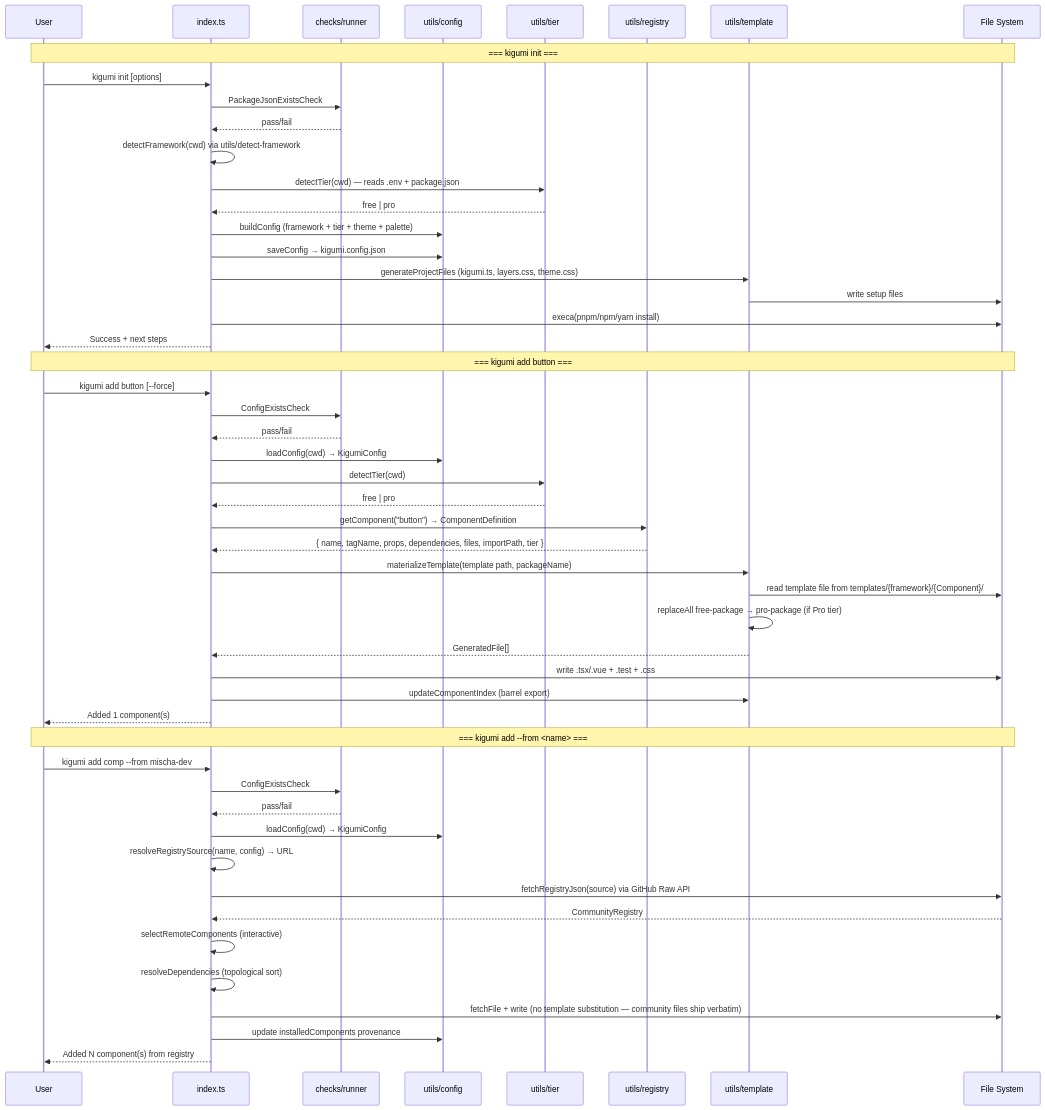
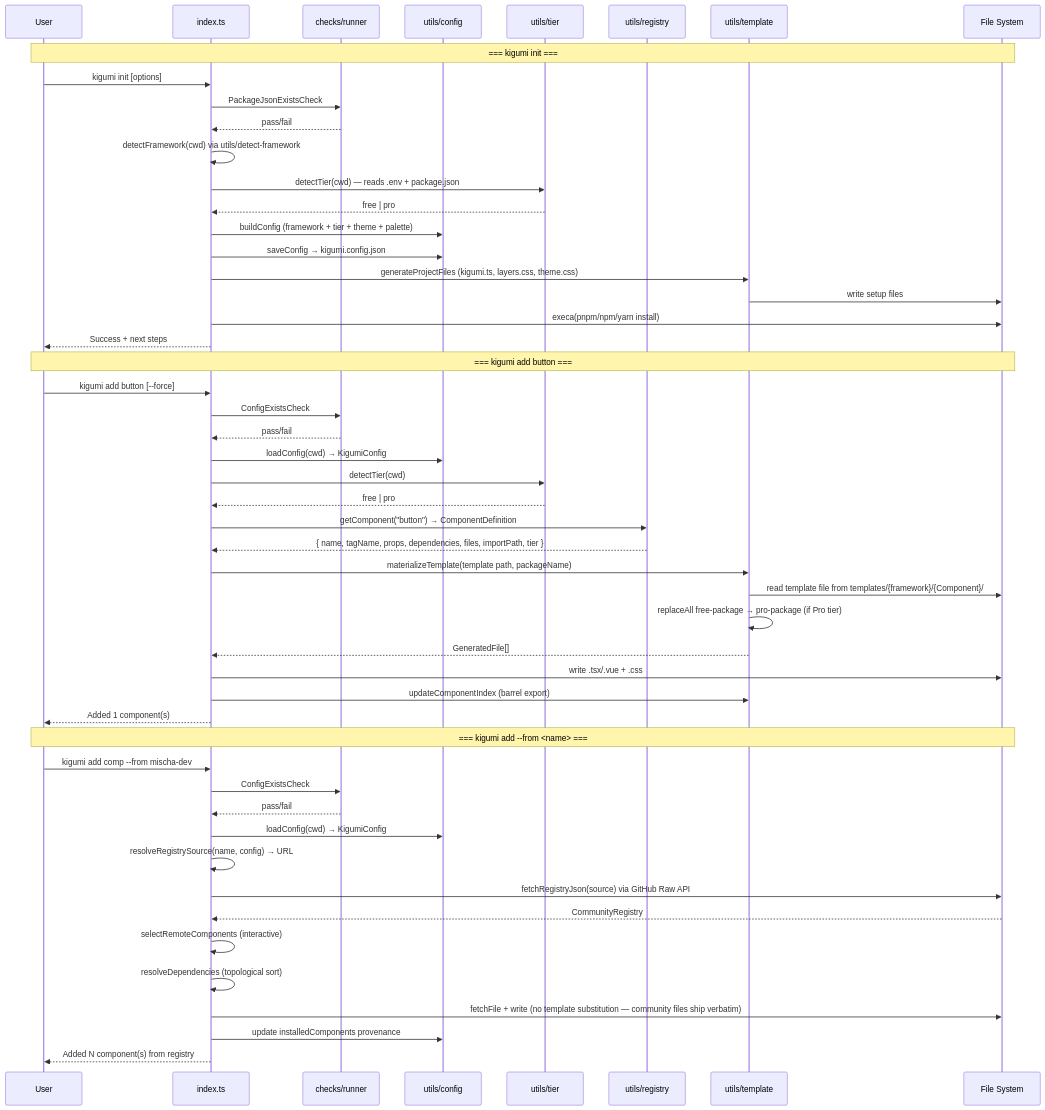
The second of 4 diagrams in AGENTS.md (kigumi-ui/kigumi-cli), drawn with Mermaid before and after one commit. The commit also changed other lines of this file and 501 other files, not shown here.

````diff
--- a/AGENTS.md
+++ b/AGENTS.md
@@ -521,56 +521,56 @@
 ```mermaid
 sequenceDiagram
     participant User
     participant CLI as index.ts
     participant Checks as checks/runner
     participant Config as utils/config
     participant Tier as utils/tier
     participant Reg as utils/registry
     participant Tpl as utils/template
     participant FS as File System
 
     Note over User,FS: === kigumi init ===
     User->>CLI: kigumi init [options]
     CLI->>Checks: PackageJsonExistsCheck
     Checks-->>CLI: pass/fail
     CLI->>CLI: detectFramework(cwd) via utils/detect-framework
     CLI->>Tier: detectTier(cwd) — reads .env + package.json
     Tier-->>CLI: free | pro
     CLI->>Config: buildConfig (framework + tier + theme + palette)
     CLI->>Config: saveConfig → kigumi.config.json
     CLI->>Tpl: generateProjectFiles (kigumi.ts, layers.css, theme.css)
     Tpl->>FS: write setup files
     CLI->>FS: execa(pnpm/npm/yarn install)
     CLI-->>User: Success + next steps
 
     Note over User,FS: === kigumi add button ===
     User->>CLI: kigumi add button [--force]
     CLI->>Checks: ConfigExistsCheck
     Checks-->>CLI: pass/fail
     CLI->>Config: loadConfig(cwd) → KigumiConfig
     CLI->>Tier: detectTier(cwd)
     Tier-->>CLI: free | pro
     CLI->>Reg: getComponent("button") → ComponentDefinition
     Reg-->>CLI: { name, tagName, props, dependencies, files, importPath, tier }
     CLI->>Tpl: materializeTemplate(template path, packageName)
     Tpl->>FS: read template file from templates/{framework}/{Component}/
     Tpl->>Tpl: replaceAll free-package → pro-package (if Pro tier)
     Tpl-->>CLI: GeneratedFile[]
-    CLI->>FS: write .tsx/.vue + .test + .css
+    CLI->>FS: write .tsx/.vue + .css
     CLI->>Tpl: updateComponentIndex (barrel export)
     CLI-->>User: Added 1 component(s)
 
     Note over User,FS: === kigumi add --from <name> ===
     User->>CLI: kigumi add comp --from mischa-dev
     CLI->>Checks: ConfigExistsCheck
     Checks-->>CLI: pass/fail
     CLI->>Config: loadConfig(cwd) → KigumiConfig
     CLI->>CLI: resolveRegistrySource(name, config) → URL
     CLI->>FS: fetchRegistryJson(source) via GitHub Raw API
     FS-->>CLI: CommunityRegistry
     CLI->>CLI: selectRemoteComponents (interactive)
     CLI->>CLI: resolveDependencies (topological sort)
     CLI->>FS: fetchFile + write (no template substitution — community files ship verbatim)
     CLI->>Config: update installedComponents provenance
     CLI-->>User: Added N component(s) from registry
 ```
````
